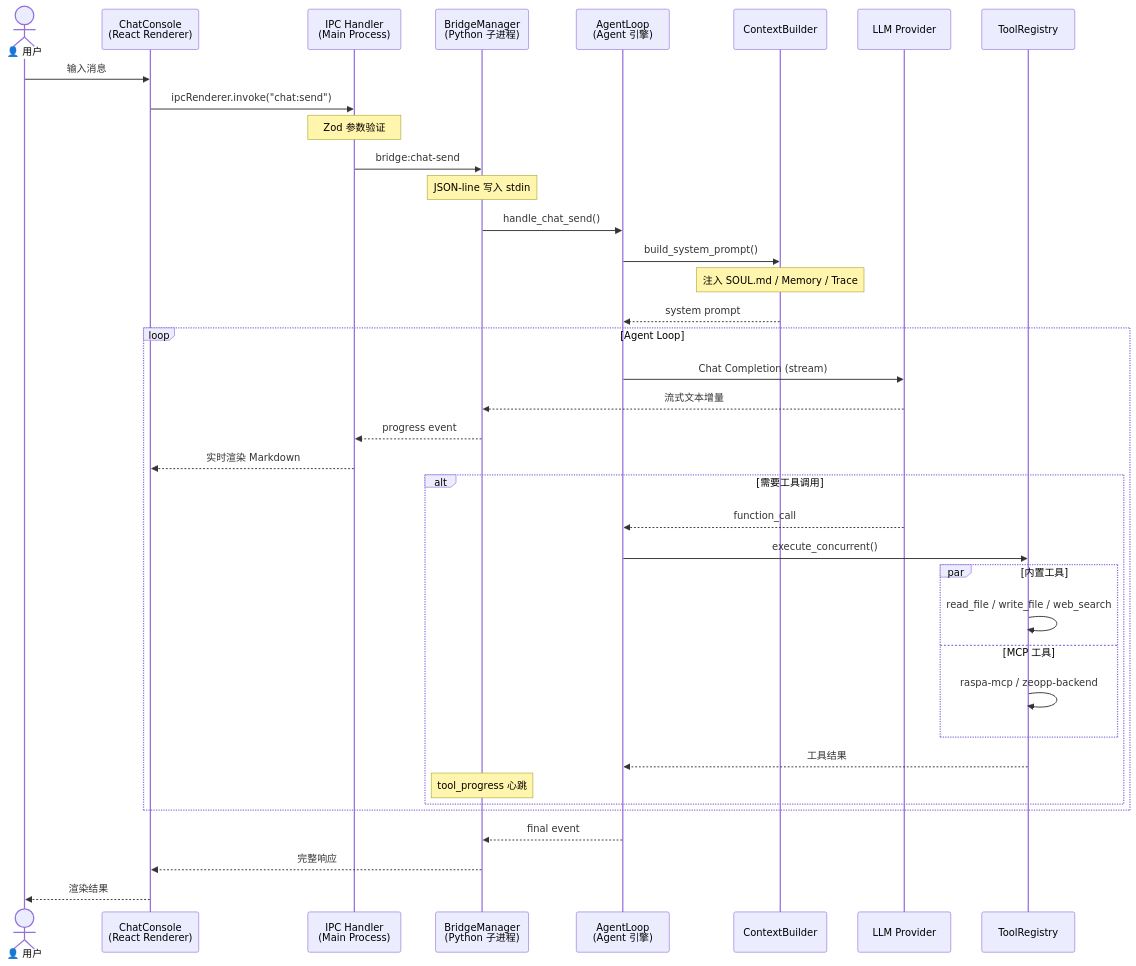
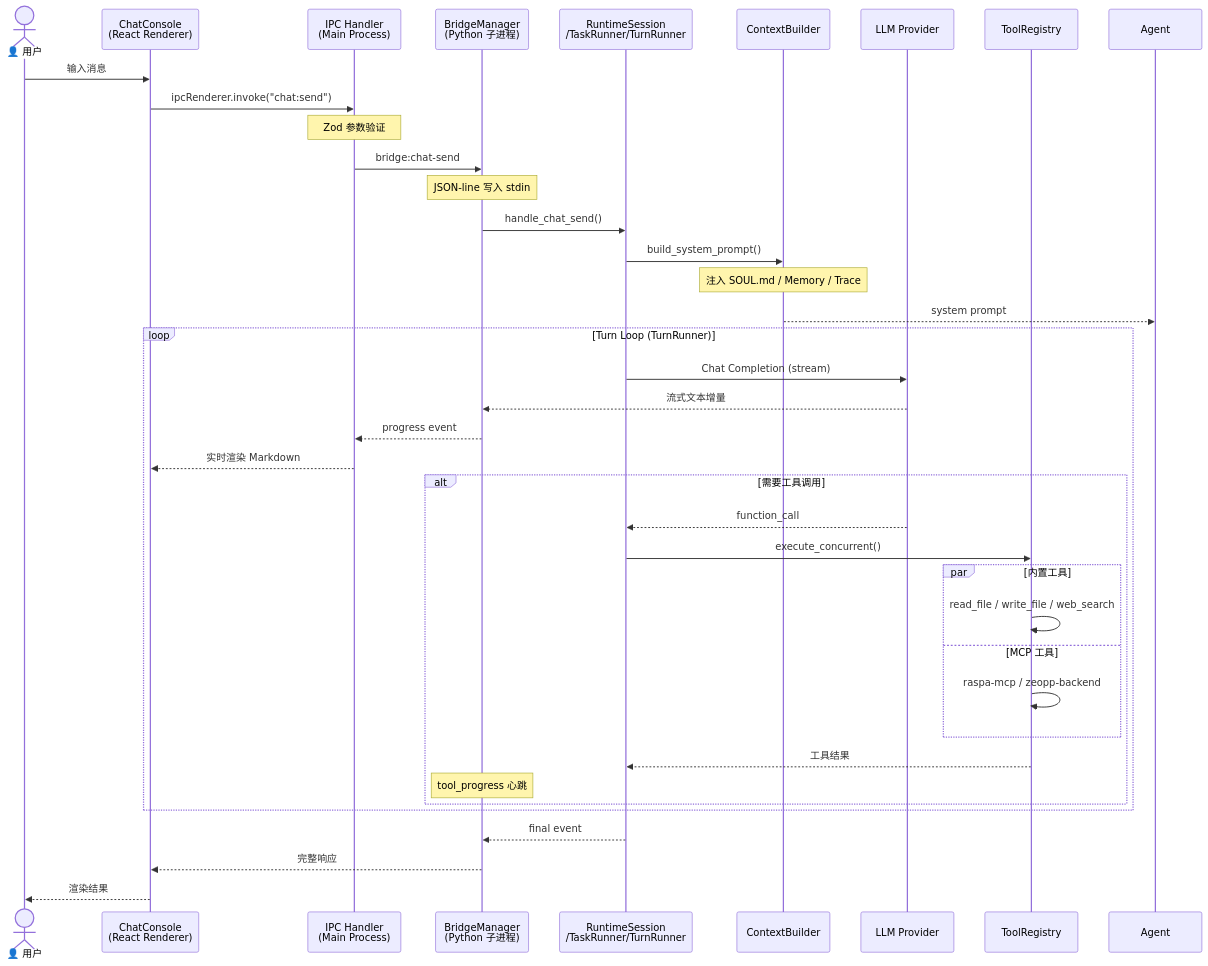
Before and after one commit to 14790897/MiQi: the diagram in docs/architecture/data-flow.md, drawn with Mermaid. The commit also changed other lines of this file and 22 other files, not shown here.

Commit message:
docs(architecture): describe runtime-owned execution

````diff
--- a/docs/architecture/data-flow.md
+++ b/docs/architecture/data-flow.md
@@ -5,47 +5,47 @@
 ```mermaid
 sequenceDiagram
     actor User as 👤 用户
     participant ChatConsole as ChatConsole<br/>(React Renderer)
     participant IPC as IPC Handler<br/>(Main Process)
     participant Bridge as BridgeManager<br/>(Python 子进程)
-    participant Agent as AgentLoop<br/>(Agent 引擎)
+    participant Runtime as RuntimeSession<br/>/TaskRunner/TurnRunner
     participant Context as ContextBuilder
     participant LLM as LLM Provider
     participant Tools as ToolRegistry
 
     User->>ChatConsole: 输入消息
     ChatConsole->>IPC: ipcRenderer.invoke("chat:send")
     Note over IPC: Zod 参数验证
     IPC->>Bridge: bridge:chat-send
     Note over Bridge: JSON-line 写入 stdin
 
-    Bridge->>Agent: handle_chat_send()
-    Agent->>Context: build_system_prompt()
+    Bridge->>Runtime: handle_chat_send()
+    Runtime->>Context: build_system_prompt()
     Note over Context: 注入 SOUL.md / Memory / Trace
     Context-->>Agent: system prompt
 
-    loop Agent Loop
-        Agent->>LLM: Chat Completion (stream)
+    loop Turn Loop (TurnRunner)
+        Runtime->>LLM: Chat Completion (stream)
         LLM-->>Bridge: 流式文本增量
         Bridge-->>IPC: progress event
         IPC-->>ChatConsole: 实时渲染 Markdown
 
         alt 需要工具调用
-            LLM-->>Agent: function_call
-            Agent->>Tools: execute_concurrent()
+            LLM-->>Runtime: function_call
+            Runtime->>Tools: execute_concurrent()
 
             par 内置工具
                 Tools->>Tools: read_file / write_file / web_search
             and MCP 工具
                 Tools->>Tools: raspa-mcp / zeopp-backend
             end
 
-            Tools-->>Agent: 工具结果
+            Tools-->>Runtime: 工具结果
             Note over Bridge: tool_progress 心跳
         end
     end
 
-    Agent-->>Bridge: final event
+    Runtime-->>Bridge: final event
     Bridge-->>ChatConsole: 完整响应
     ChatConsole-->>User: 渲染结果
 ```
````
